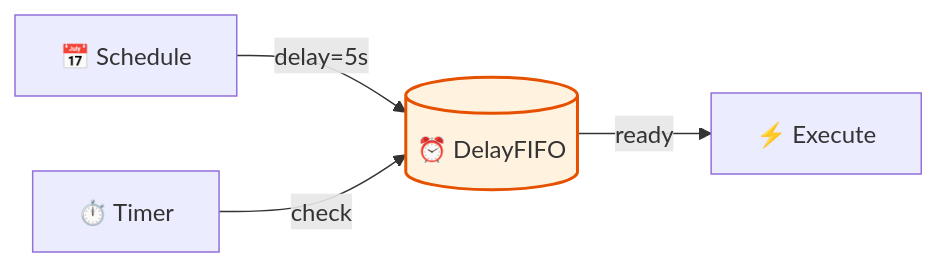
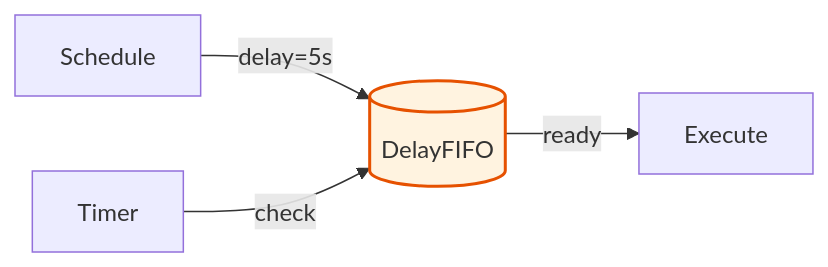
Before and after one commit to YearsAlso/zoo-framework-doc: the third of 5 diagrams in docs/zh/core/fifo.md, drawn with Mermaid. The commit also changed other lines of this file and 24 other files, not shown here.

First line of the commit message:
docs(site): 站点正式化与内容严肃化，附 bench 报告截图

````diff
--- a/docs/zh/core/fifo.md
+++ b/docs/zh/core/fifo.md
@@ -117,8 +117,8 @@
 ```mermaid
 graph LR
-    A[📅 Schedule] -->|delay=5s| B[(⏰ DelayFIFO)]
-    C[⏱️ Timer] -->|check| B
-    B -->|ready| D[⚡ Execute]
+    A[ Schedule] -->|delay=5s| B[( DelayFIFO)]
+    C[ Timer] -->|check| B
+    B -->|ready| D[ Execute]
     
     style B fill:#fff3e0,stroke:#e65100,stroke-width:2px
 ```
````
